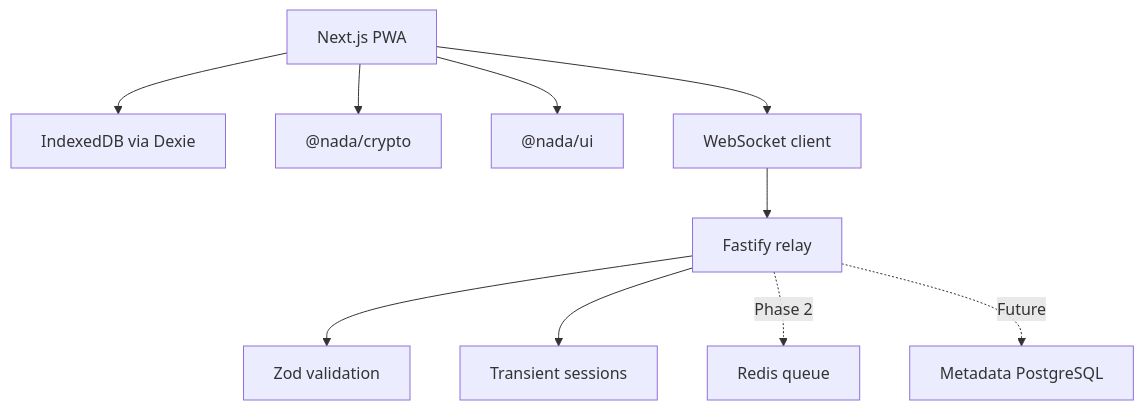
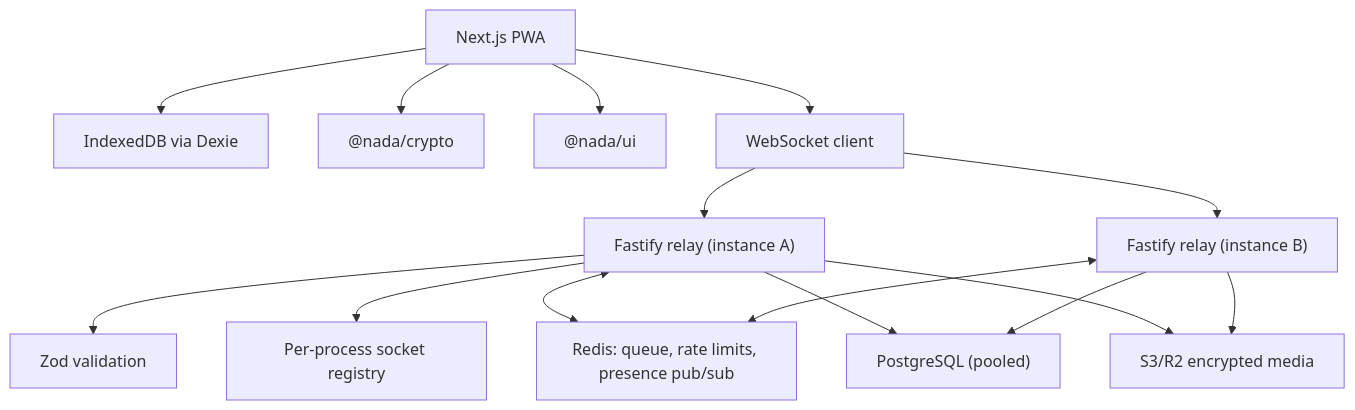
The diagram in docs/architecture.md (Lushegs01/Nada), drawn with Mermaid before and after one commit. The commit also changed other lines of this file and 36 other files, not shown here.

````diff
--- a/docs/architecture.md
+++ b/docs/architecture.md
@@ -8,12 +8,17 @@
 ```mermaid
 flowchart TD
   PWA["Next.js PWA"] --> IDB["IndexedDB via Dexie"]
   PWA --> Crypto["@nada/crypto"]
   PWA --> UI["@nada/ui"]
   PWA --> WS["WebSocket client"]
-  WS --> Relay["Fastify relay"]
-  Relay --> Zod["Zod validation"]
-  Relay --> Sessions["Transient sessions"]
-  Relay -. Phase 2 .-> Redis["Redis queue"]
-  Relay -. Future .-> Postgres["Metadata PostgreSQL"]
+  WS --> RelayA["Fastify relay (instance A)"]
+  WS --> RelayB["Fastify relay (instance B)"]
+  RelayA --> Zod["Zod validation"]
+  RelayA --> Sessions["Per-process socket registry"]
+  RelayA <--> Redis["Redis: queue, rate limits, presence pub/sub"]
+  RelayB <--> Redis
+  RelayA --> Postgres["PostgreSQL (pooled)"]
+  RelayB --> Postgres
+  RelayA --> S3["S3/R2 encrypted media"]
+  RelayB --> S3
 ```
````
